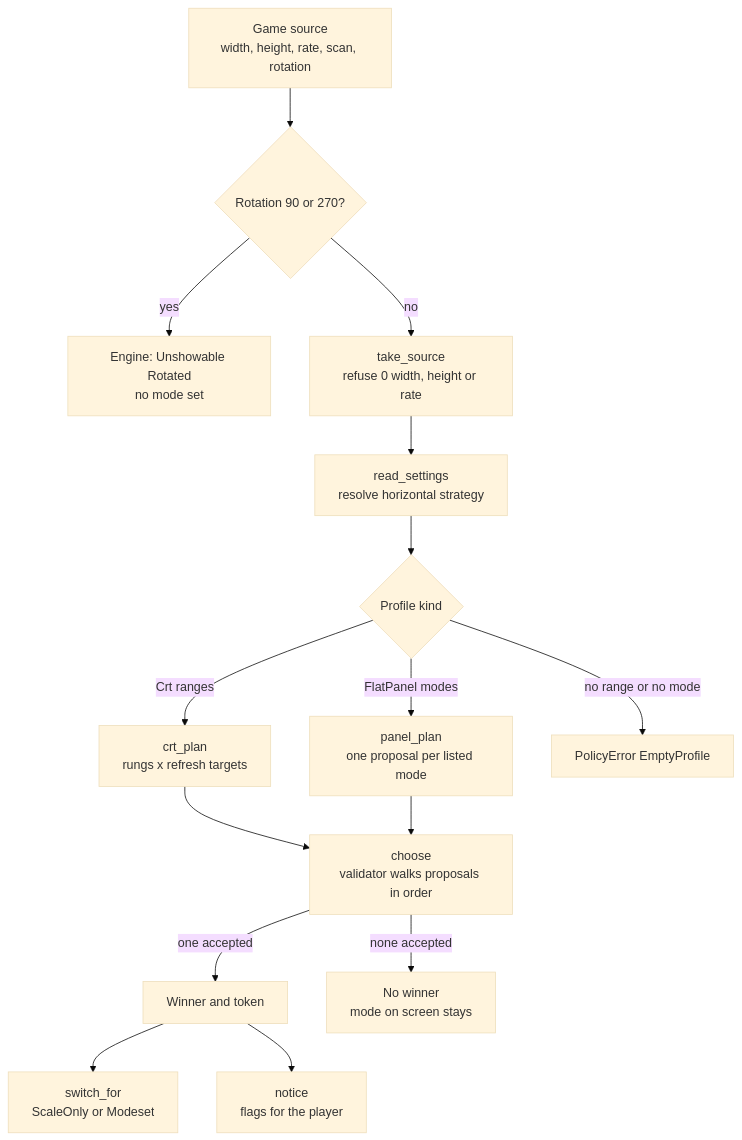
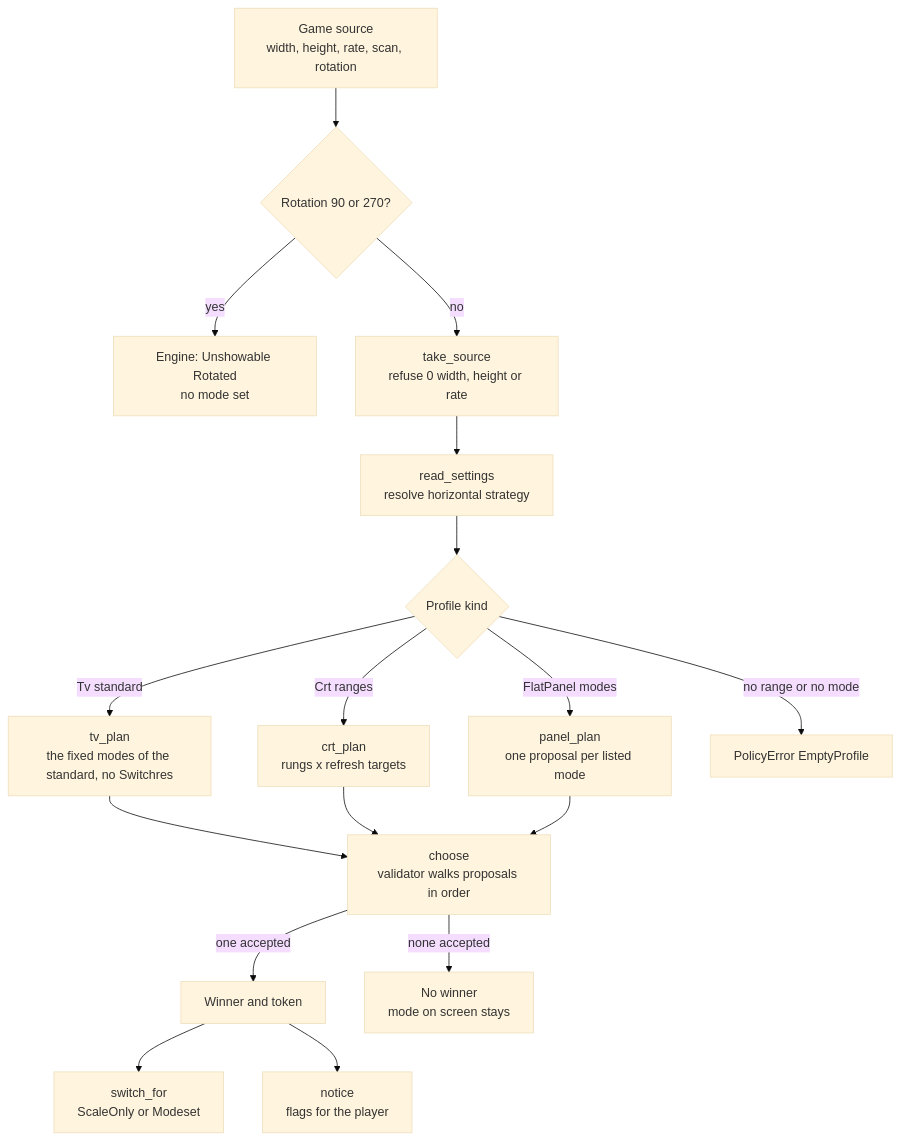
Before and after one commit to paologaleotti/neptron: the first of 6 diagrams in docs/flows/05-policy.md, drawn with Mermaid (base theme). The commit also changed other lines of this file and 10 other files, not shown here.

First line of the commit message:
docs(flows): trace the flows again against the code after C11 to P11

````diff
--- a/docs/flows/05-policy.md
+++ b/docs/flows/05-policy.md
@@ -9,17 +9,19 @@
 ```mermaid
 flowchart TD
     S["Game source<br/>width, height, rate, scan, rotation"] --> R{"Rotation 90 or 270?"}
     R -- "yes" --> U["Engine: Unshowable Rotated<br/>no mode set"]
     R -- "no" --> T["take_source<br/>refuse 0 width, height or rate"]
     T --> RS["read_settings<br/>resolve horizontal strategy"]
     RS --> K{"Profile kind"}
     K -- "Crt ranges" --> C["crt_plan<br/>rungs x refresh targets"]
     K -- "FlatPanel modes" --> P["panel_plan<br/>one proposal per listed mode"]
+    K -- "Tv standard" --> TV["tv_plan<br/>the fixed modes of the standard, no Switchres"]
+    TV --> CH
     K -- "no range or no mode" --> E["PolicyError EmptyProfile"]
     C --> CH["choose<br/>validator walks proposals in order"]
     P --> CH
     CH -- "one accepted" --> W["Winner and token"]
     CH -- "none accepted" --> N["No winner<br/>mode on screen stays"]
     W --> SW["switch_for<br/>ScaleOnly or Modeset"]
     W --> NO["notice<br/>flags for the player"]
 ```
````
